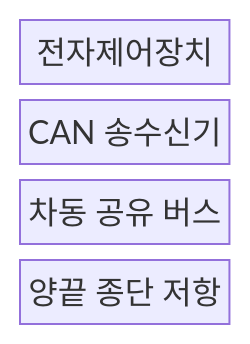
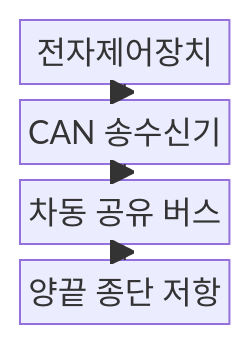
Before and after one commit to agnusdei1207/knowledge-base: the first of 2 diagrams in src/content/docs/notes/04-network/081_can_bus.md, drawn with Mermaid. The commit also changed other lines of this file and 20 other files, not shown here.

````diff
--- a/src/content/docs/notes/04-network/081_can_bus.md
+++ b/src/content/docs/notes/04-network/081_can_bus.md
@@ -57,8 +62,11 @@
 ```mermaid
 block-beta
     columns 1
     ECU["전자제어장치"]
     TRANSCEIVER["CAN 송수신기"]
     BUS["차동 공유 버스"]
     TERM["양끝 종단 저항"]
+    ECU --> TRANSCEIVER
+    TRANSCEIVER --> BUS
+    TERM --> BUS
 ```
````
